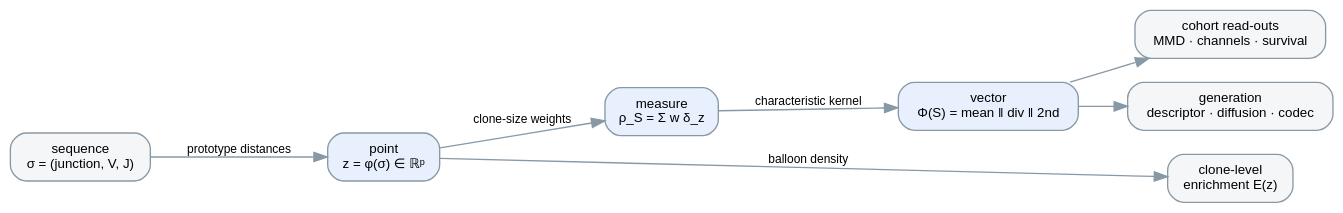
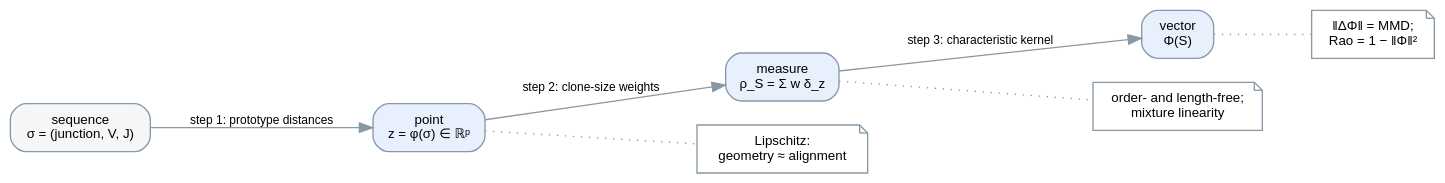
The first of 3 diagrams in docs/math.rst (antigenomics/mirpy), drawn with Graphviz before and after one commit. The commit also changed other lines of this file, not shown here.

First line of the commit message:
docs: restructure the math section into derivation order

```diff
--- a/docs/math.rst
+++ b/docs/math.rst
@@ -57,27 +109,26 @@
 .. graphviz::
 
-   digraph pipeline {
+   digraph spine {
      rankdir=LR;
      bgcolor="transparent";
      node [shape=box, style="rounded,filled", fillcolor="#f4f6f8", color="#8899a6",
            fontname="Helvetica", fontsize=10];
      edge [color="#8899a6", fontname="Helvetica", fontsize=9];
 
      seq  [label="sequence\nσ = (junction, V, J)"];
      z    [label="point\nz = φ(σ) ∈ ℝᵖ", fillcolor="#e8f0fe"];
      rho  [label="measure\nρ_S = Σ w δ_z", fillcolor="#e8f0fe"];
-     phi  [label="vector\nΦ(S) = mean ‖ div ‖ 2nd", fillcolor="#e8f0fe"];
+     phi  [label="vector\nΦ(S)", fillcolor="#e8f0fe"];
 
-     dens [label="clone-level\nenrichment E(z)"];
-     read [label="cohort read-outs\nMMD · channels · survival"];
-     gen  [label="generation\ndescriptor · diffusion · codec"];
+     p1 [label="Lipschitz:\ngeometry ≈ alignment", shape=note, fillcolor="#ffffff"];
+     p2 [label="order- and length-free;\nmixture linearity", shape=note, fillcolor="#ffffff"];
+     p3 [label="‖ΔΦ‖ = MMD;\nRao = 1 − ‖Φ‖²", shape=note, fillcolor="#ffffff"];
 
-     seq -> z   [label=" prototype distances "];
-     z   -> rho [label=" clone-size weights "];
-     rho -> phi [label=" characteristic kernel "];
-     z   -> dens [label=" balloon density "];
-     phi -> read;
-     phi -> gen;
+     seq -> z   [label=" step 1: prototype distances "];
+     z   -> rho [label=" step 2: clone-size weights "];
+     rho -> phi [label=" step 3: characteristic kernel "];
 
-     {rank=same; dens; read; gen;}
+     z   -> p1 [style=dotted, arrowhead=none];
+     rho -> p2 [style=dotted, arrowhead=none];
+     phi -> p3 [style=dotted, arrowhead=none];
    }
```
